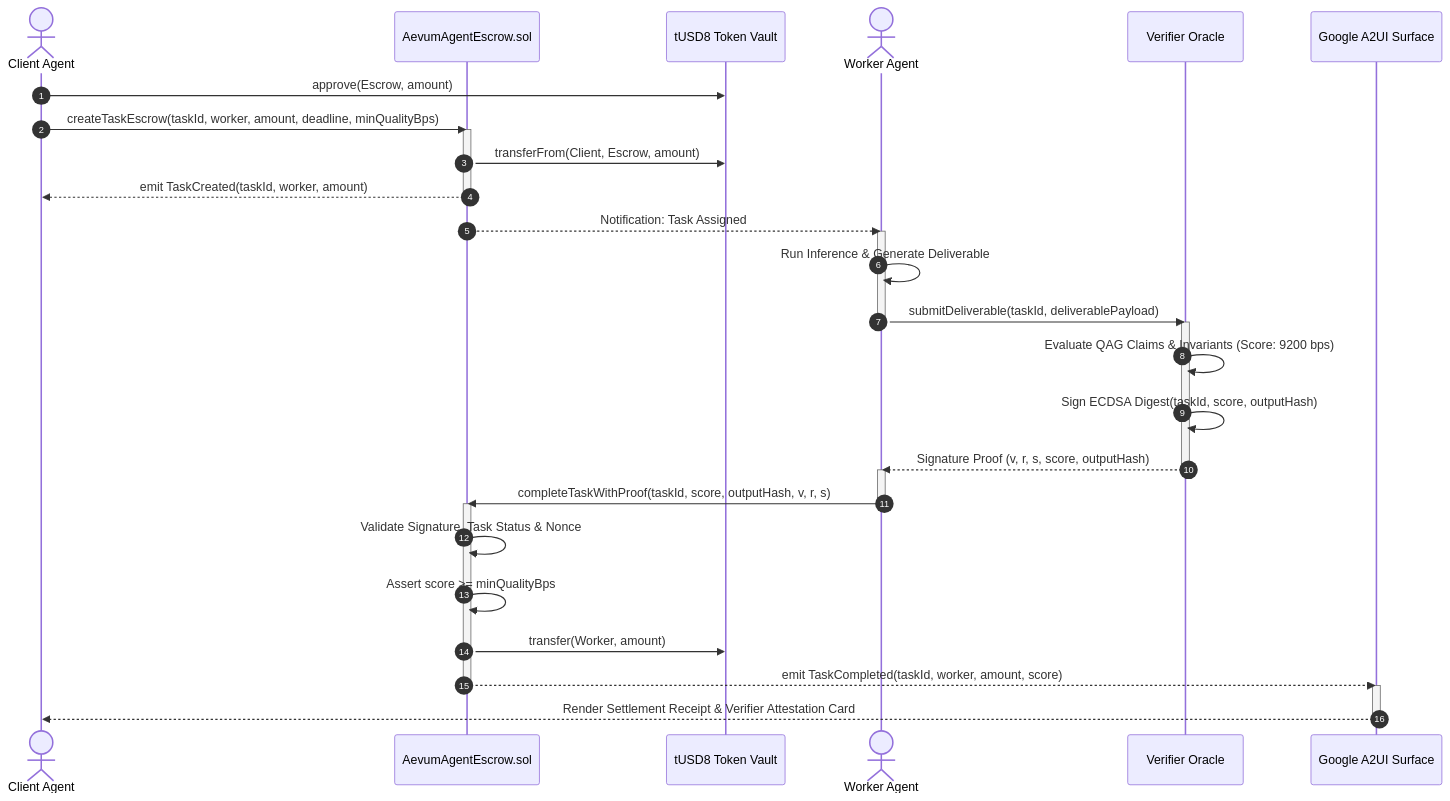
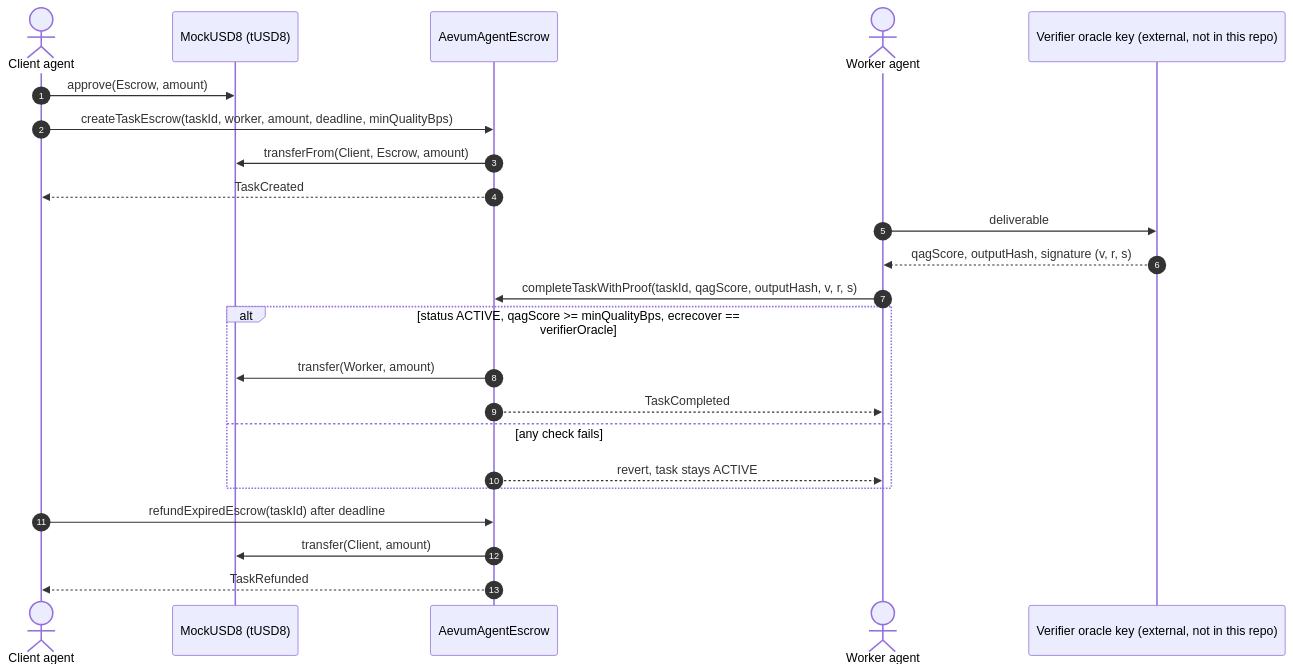
One commit to manderson240/aevum-agent-commerce changed the first of 2 diagrams in README.md. Above: the diagram before and after it, drawn with Mermaid. The commit also changed other lines of this file and 2 other files, not shown here.

````diff
--- a/README.md
+++ b/README.md
@@ -90,44 +77,29 @@
 ```mermaid
 sequenceDiagram
     autonumber
-    actor Client as Client Agent
-    participant Escrow as AevumAgentEscrow.sol
-    participant Token as tUSD8 Token Vault
-    actor Worker as Worker Agent
-    participant Oracle as Verifier Oracle
-    participant A2UI as Google A2UI Surface
+    actor Client as Client agent
+    participant Token as MockUSD8 (tUSD8)
+    participant Escrow as AevumAgentEscrow
+    actor Worker as Worker agent
+    participant Oracle as Verifier oracle key (external, not in this repo)
 
     Client->>Token: approve(Escrow, amount)
     Client->>Escrow: createTaskEscrow(taskId, worker, amount, deadline, minQualityBps)
-    activate Escrow
     Escrow->>Token: transferFrom(Client, Escrow, amount)
-    Escrow-->>Client: emit TaskCreated(taskId, worker, amount)
-    deactivate Escrow
+    Escrow-->>Client: TaskCreated
 
-    Escrow-->>Worker: Notification: Task Assigned
-    activate Worker
-    Worker->>Worker: Run Inference & Generate Deliverable
-    Worker->>Oracle: submitDeliverable(taskId, deliverablePayload)
-    deactivate Worker
-    activate Oracle
+    Worker->>Oracle: deliverable
+    Oracle-->>Worker: qagScore, outputHash, signature (v, r, s)
 
-    Oracle->>Oracle: Evaluate QAG Claims & Invariants (Score: 9200 bps)
-    Oracle->>Oracle: Sign ECDSA Digest(taskId, score, outputHash)
-    Oracle-->>Worker: Signature Proof (v, r, s, score, outputHash)
-    deactivate Oracle
+    Worker->>Escrow: completeTaskWithProof(taskId, qagScore, outputHash, v, r, s)
+    alt status ACTIVE, qagScore >= minQualityBps, ecrecover == verifierOracle
+        Escrow->>Token: transfer(Worker, amount)
+        Escrow-->>Worker: TaskCompleted
+    else any check fails
+        Escrow-->>Worker: revert, task stays ACTIVE
+    end
 
-    activate Worker
-    Worker->>Escrow: completeTaskWithProof(taskId, score, outputHash, v, r, s)
-    deactivate Worker
-    activate Escrow
-
-    Escrow->>Escrow: Validate Signature, Task Status & Nonce
-    Escrow->>Escrow: Assert score >= minQualityBps
-    Escrow->>Token: transfer(Worker, amount)
-    Escrow-->>A2UI: emit TaskCompleted(taskId, worker, amount, score)
-    deactivate Escrow
-
-    activate A2UI
-    A2UI-->>Client: Render Settlement Receipt & Verifier Attestation Card
-    deactivate A2UI
+    Client->>Escrow: refundExpiredEscrow(taskId) after deadline
+    Escrow->>Token: transfer(Client, amount)
+    Escrow-->>Client: TaskRefunded
 ```
````
